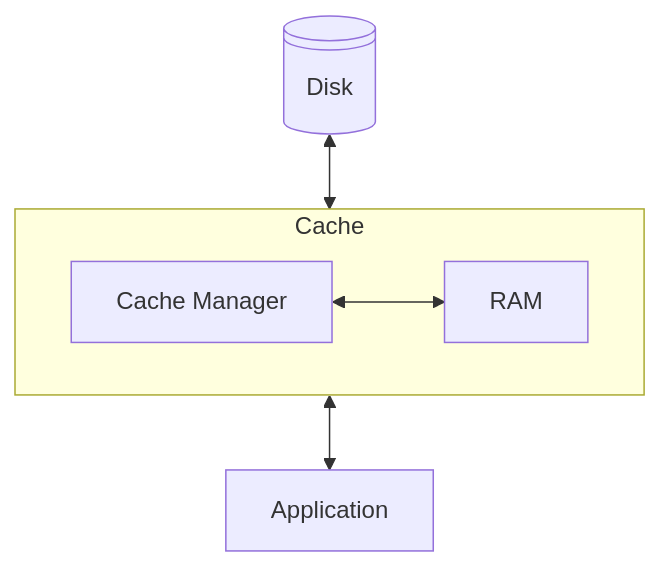
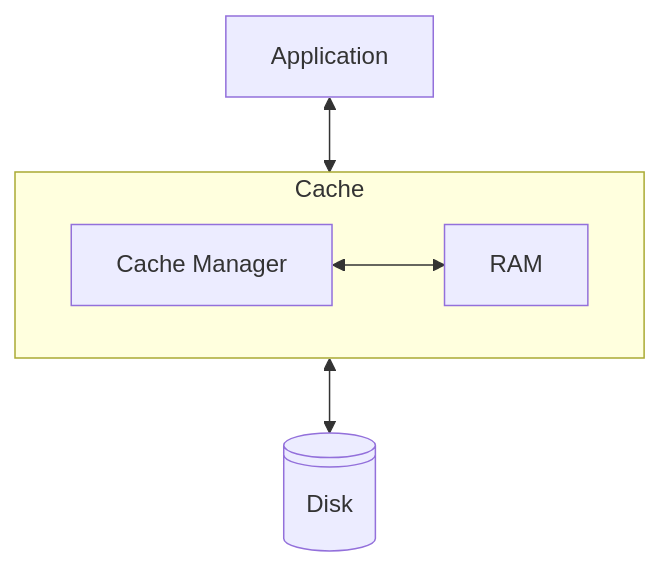
The first of 10 diagrams in Workshops/Workshop 5 - Optimalisation/6 - Caching.md (hogeschool/Data-Technologies-public), drawn with Mermaid before and after one commit. The commit also changed other lines of this file, not shown here.

````diff
--- a/Workshops/Workshop 5 - Optimalisation/6 - Caching.md
+++ b/Workshops/Workshop 5 - Optimalisation/6 - Caching.md
@@ -10,11 +10,11 @@
 ```mermaid
-flowchart TB
-  A@{ shape: lin-cyl, label: "Disk" } <--> Cache 
-  
+flowchart TB   
+  Application <--> Cache
+
   subgraph Cache
     direction LR
     Cache_manager["Cache Manager"] <--> RAM
   end
   
-  Cache <--> Application
+  Cache <--> A@{ shape: lin-cyl, label: "Disk" } 
 ```
````
